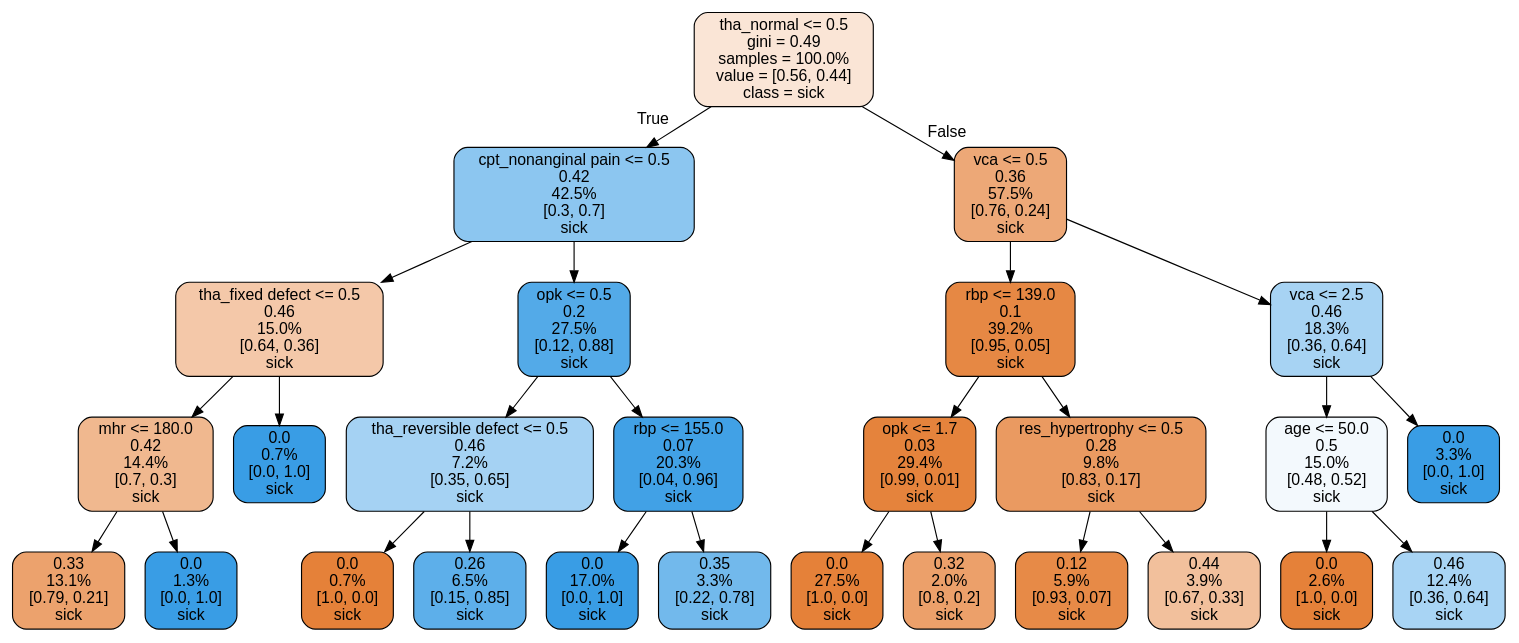
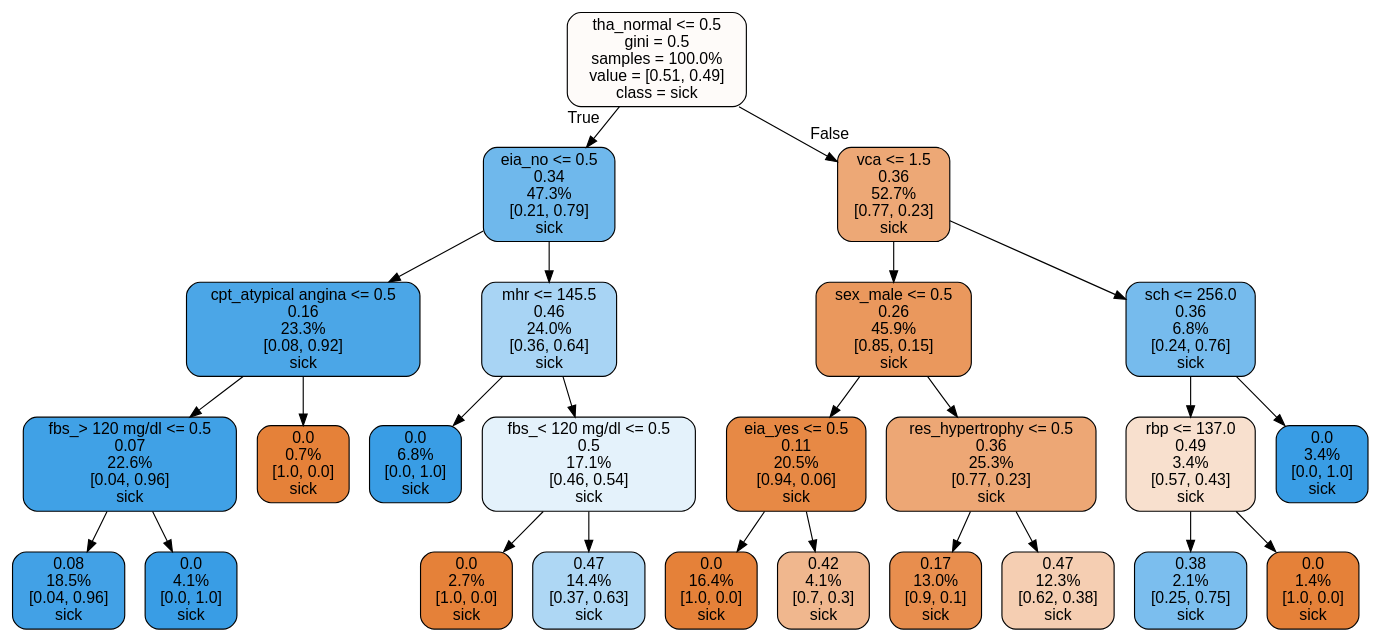
Before and after one commit to ma6068/SU: the diagram in dot/random_forest_tree.dot, drawn with Graphviz. The commit also changed 7 other files, not shown here.

```diff
--- a/dot/random_forest_tree.dot
+++ b/dot/random_forest_tree.dot
@@ -1,57 +1,53 @@
 digraph Tree {
 node [shape=box, style="filled, rounded", color="black", fontname="helvetica"] ;
 edge [fontname="helvetica"] ;
-0 [label="tha_normal <= 0.5\ngini = 0.49\nsamples = 100.0%\nvalue = [0.56, 0.44]\nclass = sick", fillcolor="#fae5d6"] ;
-1 [label="cpt_nonanginal pain <= 0.5\n0.42\n42.5%\n[0.3, 0.7]\nsick", fillcolor="#8cc6f0"] ;
+0 [label="tha_normal <= 0.5\ngini = 0.5\nsamples = 100.0%\nvalue = [0.51, 0.49]\nclass = sick", fillcolor="#fefbf9"] ;
+1 [label="eia_no <= 0.5\n0.34\n47.3%\n[0.21, 0.79]\nsick", fillcolor="#6fb8ec"] ;
 0 -> 1 [labeldistance=2.5, labelangle=45, headlabel="True"] ;
-2 [label="tha_fixed defect <= 0.5\n0.46\n15.0%\n[0.64, 0.36]\nsick", fillcolor="#f4c8a9"] ;
+2 [label="cpt_atypical angina <= 0.5\n0.16\n23.3%\n[0.08, 0.92]\nsick", fillcolor="#4ba6e7"] ;
 1 -> 2 ;
-3 [label="mhr <= 180.0\n0.42\n14.4%\n[0.7, 0.3]\nsick", fillcolor="#f0b88f"] ;
+3 [label="fbs_> 120 mg/dl <= 0.5\n0.07\n22.6%\n[0.04, 0.96]\nsick", fillcolor="#40a1e6"] ;
 2 -> 3 ;
-4 [label="0.33\n13.1%\n[0.79, 0.21]\nsick", fillcolor="#eca26d"] ;
+4 [label="0.08\n18.5%\n[0.04, 0.96]\nsick", fillcolor="#42a1e6"] ;
 3 -> 4 ;
-5 [label="0.0\n1.3%\n[0.0, 1.0]\nsick", fillcolor="#399de5"] ;
+5 [label="0.0\n4.1%\n[0.0, 1.0]\nsick", fillcolor="#399de5"] ;
 3 -> 5 ;
-6 [label="0.0\n0.7%\n[0.0, 1.0]\nsick", fillcolor="#399de5"] ;
+6 [label="0.0\n0.7%\n[1.0, 0.0]\nsick", fillcolor="#e58139"] ;
 2 -> 6 ;
-7 [label="opk <= 0.5\n0.2\n27.5%\n[0.12, 0.88]\nsick", fillcolor="#53aae8"] ;
+7 [label="mhr <= 145.5\n0.46\n24.0%\n[0.36, 0.64]\nsick", fillcolor="#a8d4f4"] ;
 1 -> 7 ;
-8 [label="tha_reversible defect <= 0.5\n0.46\n7.2%\n[0.35, 0.65]\nsick", fillcolor="#a5d2f3"] ;
+8 [label="0.0\n6.8%\n[0.0, 1.0]\nsick", fillcolor="#399de5"] ;
 7 -> 8 ;
-9 [label="0.0\n0.7%\n[1.0, 0.0]\nsick", fillcolor="#e58139"] ;
-8 -> 9 ;
-10 [label="0.26\n6.5%\n[0.15, 0.85]\nsick", fillcolor="#5dafea"] ;
-8 -> 10 ;
-11 [label="rbp <= 155.0\n0.07\n20.3%\n[0.04, 0.96]\nsick", fillcolor="#41a1e6"] ;
-7 -> 11 ;
-12 [label="0.0\n17.0%\n[0.0, 1.0]\nsick", fillcolor="#399de5"] ;
-11 -> 12 ;
-13 [label="0.35\n3.3%\n[0.22, 0.78]\nsick", fillcolor="#72b9ec"] ;
-11 -> 13 ;
-14 [label="vca <= 0.5\n0.36\n57.5%\n[0.76, 0.24]\nsick", fillcolor="#eda877"] ;
-0 -> 14 [labeldistance=2.5, labelangle=-45, headlabel="False"] ;
-15 [label="rbp <= 139.0\n0.1\n39.2%\n[0.95, 0.05]\nsick", fillcolor="#e68844"] ;
+9 [label="fbs_< 120 mg/dl <= 0.5\n0.5\n17.1%\n[0.46, 0.54]\nsick", fillcolor="#e4f2fb"] ;
+7 -> 9 ;
+10 [label="0.0\n2.7%\n[1.0, 0.0]\nsick", fillcolor="#e58139"] ;
+9 -> 10 ;
+11 [label="0.47\n14.4%\n[0.37, 0.63]\nsick", fillcolor="#aed7f4"] ;
+9 -> 11 ;
+12 [label="vca <= 1.5\n0.36\n52.7%\n[0.77, 0.23]\nsick", fillcolor="#eda876"] ;
+0 -> 12 [labeldistance=2.5, labelangle=-45, headlabel="False"] ;
+13 [label="sex_male <= 0.5\n0.26\n45.9%\n[0.85, 0.15]\nsick", fillcolor="#ea985d"] ;
+12 -> 13 ;
+14 [label="eia_yes <= 0.5\n0.11\n20.5%\n[0.94, 0.06]\nsick", fillcolor="#e78945"] ;
+13 -> 14 ;
+15 [label="0.0\n16.4%\n[1.0, 0.0]\nsick", fillcolor="#e58139"] ;
 14 -> 15 ;
-16 [label="opk <= 1.7\n0.03\n29.4%\n[0.99, 0.01]\nsick", fillcolor="#e5833c"] ;
-15 -> 16 ;
-17 [label="0.0\n27.5%\n[1.0, 0.0]\nsick", fillcolor="#e58139"] ;
-16 -> 17 ;
-18 [label="0.32\n2.0%\n[0.8, 0.2]\nsick", fillcolor="#eca06a"] ;
-16 -> 18 ;
-19 [label="res_hypertrophy <= 0.5\n0.28\n9.8%\n[0.83, 0.17]\nsick", fillcolor="#ea9a61"] ;
-15 -> 19 ;
-20 [label="0.12\n5.9%\n[0.93, 0.07]\nsick", fillcolor="#e78a47"] ;
-19 -> 20 ;
-21 [label="0.44\n3.9%\n[0.67, 0.33]\nsick", fillcolor="#f2c09c"] ;
-19 -> 21 ;
-22 [label="vca <= 2.5\n0.46\n18.3%\n[0.36, 0.64]\nsick", fillcolor="#a7d3f3"] ;
-14 -> 22 ;
-23 [label="age <= 50.0\n0.5\n15.0%\n[0.48, 0.52]\nsick", fillcolor="#f3f9fd"] ;
-22 -> 23 ;
-24 [label="0.0\n2.6%\n[1.0, 0.0]\nsick", fillcolor="#e58139"] ;
-23 -> 24 ;
-25 [label="0.46\n12.4%\n[0.36, 0.64]\nsick", fillcolor="#a8d4f4"] ;
-23 -> 25 ;
-26 [label="0.0\n3.3%\n[0.0, 1.0]\nsick", fillcolor="#399de5"] ;
-22 -> 26 ;
+16 [label="0.42\n4.1%\n[0.7, 0.3]\nsick", fillcolor="#f0b78e"] ;
+14 -> 16 ;
+17 [label="res_hypertrophy <= 0.5\n0.36\n25.3%\n[0.77, 0.23]\nsick", fillcolor="#eda775"] ;
+13 -> 17 ;
+18 [label="0.17\n13.0%\n[0.9, 0.1]\nsick", fillcolor="#e88e4e"] ;
+17 -> 18 ;
+19 [label="0.47\n12.3%\n[0.62, 0.38]\nsick", fillcolor="#f5ceb2"] ;
+17 -> 19 ;
+20 [label="sch <= 256.0\n0.36\n6.8%\n[0.24, 0.76]\nsick", fillcolor="#76bbed"] ;
+12 -> 20 ;
+21 [label="rbp <= 137.0\n0.49\n3.4%\n[0.57, 0.43]\nsick", fillcolor="#f8e0ce"] ;
+20 -> 21 ;
+22 [label="0.38\n2.1%\n[0.25, 0.75]\nsick", fillcolor="#7bbeee"] ;
+21 -> 22 ;
+23 [label="0.0\n1.4%\n[1.0, 0.0]\nsick", fillcolor="#e58139"] ;
+21 -> 23 ;
+24 [label="0.0\n3.4%\n[0.0, 1.0]\nsick", fillcolor="#399de5"] ;
+20 -> 24 ;
 }
```
